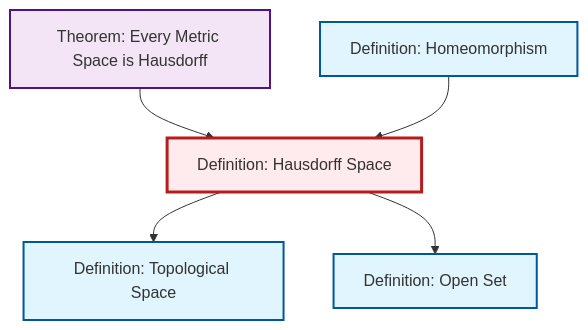
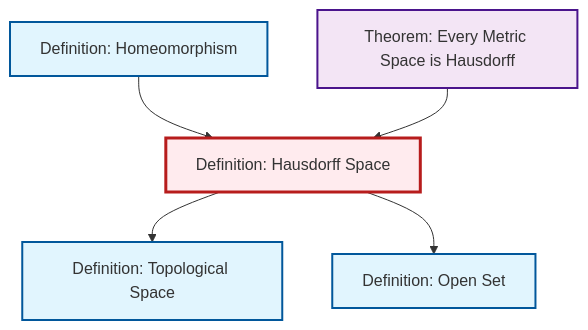
The diagram in content/en/topology/def-hausdorff.qmd (RK0429/ModernMath), drawn with Mermaid before and after one commit. The commit also changed other lines of this file and 328 other files, not shown here.

````diff
--- a/content/en/topology/def-hausdorff.qmd
+++ b/content/en/topology/def-hausdorff.qmd
@@ -53,23 +53,23 @@
 ```{mermaid}
 %%| fig-cap: "Local dependency graph"
 graph TD
     classDef definition fill:#e1f5fe,stroke:#01579b,stroke-width:2px
     classDef theorem fill:#f3e5f5,stroke:#4a148c,stroke-width:2px
     classDef axiom fill:#fff3e0,stroke:#e65100,stroke-width:2px
     classDef example fill:#e8f5e9,stroke:#1b5e20,stroke-width:2px
     classDef current fill:#ffebee,stroke:#b71c1c,stroke-width:3px
+    def-hausdorff["Definition: Hausdorff Space"]:::definition
+    def-open-set["Definition: Open Set"]:::definition
+    def-homeomorphism["Definition: Homeomorphism"]:::definition
     def-topological-space["Definition: Topological Space"]:::definition
-    def-homeomorphism["Definition: Homeomorphism"]:::definition
     thm-metric-hausdorff["Theorem: Every Metric Space is Hausdorff"]:::theorem
-    def-open-set["Definition: Open Set"]:::definition
-    def-hausdorff["Definition: Hausdorff Space"]:::definition
-    thm-metric-hausdorff --> def-hausdorff
     def-homeomorphism --> def-hausdorff
     def-hausdorff --> def-topological-space
+    thm-metric-hausdorff --> def-hausdorff
     def-hausdorff --> def-open-set
     class def-hausdorff current
+    click def-open-set "def-open-set.html" "Go to Open Set definition"
+    click def-homeomorphism "def-homeomorphism.html" "Go to Homeomorphism definition"
     click def-topological-space "def-topological-space.html" "Go to Topological Space definition"
-    click def-homeomorphism "def-homeomorphism.html" "Go to Homeomorphism definition"
     click thm-metric-hausdorff "thm-metric-hausdorff.html" "Go to Every Metric Space is Hausdorff theorem"
-    click def-open-set "def-open-set.html" "Go to Open Set definition"
 ```
````
